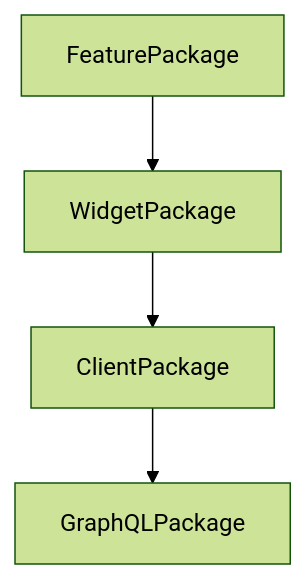
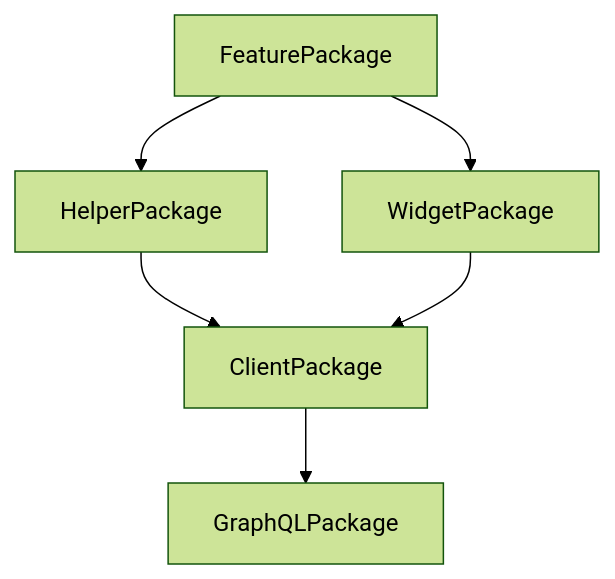
Before and after one commit to caaaption/caaaption: the diagram in Packages/README.md, drawn with Mermaid (forest theme). The commit also changed 18 other files, not shown here.

Commit message:
HelperPackage (#345)

````diff
--- a/Packages/README.md
+++ b/Packages/README.md
@@ -1,6 +1,8 @@
 ```mermaid
 graph TD;
     FeaturePackage-->WidgetPackage;
+    FeaturePackage-->HelperPackage;
+    HelperPackage-->ClientPackage;
     WidgetPackage-->ClientPackage;
     ClientPackage-->GraphQLPackage;
 ```
````
